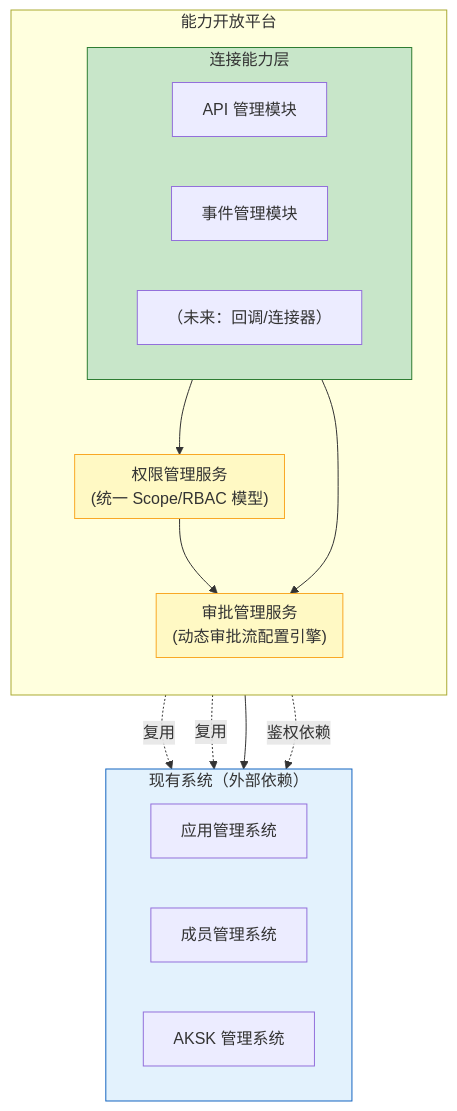
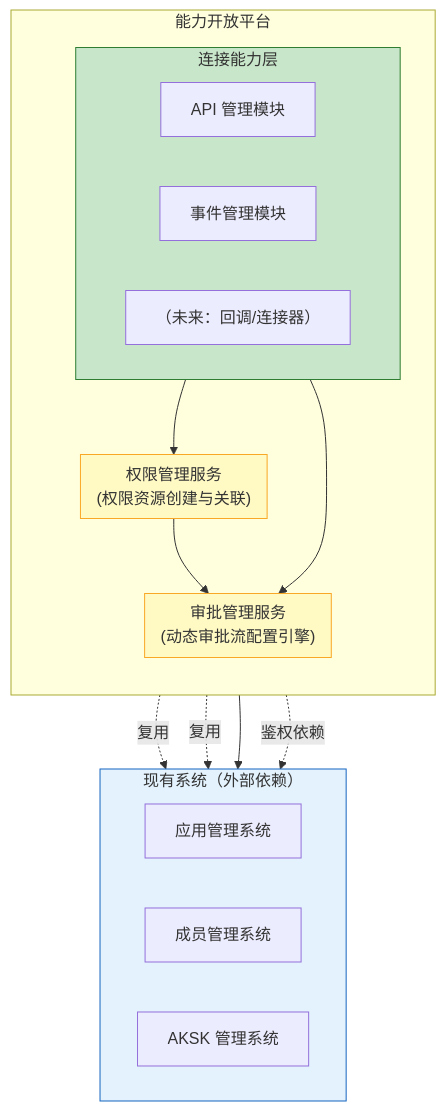
Before and after one commit to THZSummer/Product: the second of 6 diagrams in open-app/.sdd/specs-tree-root/specs-tree-capability-open-platform/spec.md, drawn with Mermaid. The commit also changed other lines of this file, not shown here.

````diff
--- a/open-app/.sdd/specs-tree-root/specs-tree-capability-open-platform/spec.md
+++ b/open-app/.sdd/specs-tree-root/specs-tree-capability-open-platform/spec.md
@@ -254,40 +254,40 @@
 ```mermaid
 graph TB
     subgraph Platform["能力开放平台"]
         direction TB
         
         subgraph Capability["连接能力层"]
             direction LR
             API["API 管理模块"]
             Event["事件管理模块"]
             Future["（未来：回调/连接器）"]
         end
         
-        subgraph Permission["权限管理服务\n(统一 Scope/RBAC 模型)"]
+        subgraph Permission["权限管理服务\n(权限资源创建与关联)"]
         end
         
         subgraph Approval["审批管理服务\n(动态审批流配置引擎)"]
         end
         
         Capability --> Permission
         Capability --> Approval
         Permission --> Approval
     end
     
     subgraph Existing["现有系统（外部依赖）"]
         direction LR
         AppMgr["应用管理系统"]
         MemberMgr["成员管理系统"]
         AKSK["AKSK 管理系统"]
     end
     
     Platform --> Existing
     Permission -.->|复用| AppMgr
     Approval -.->|复用| MemberMgr
     Capability -.->|鉴权依赖| AKSK
 
     style Capability fill:#c8e6c9,stroke:#2e7d32
     style Permission fill:#fff9c4,stroke:#f9a825
     style Approval fill:#fff9c4,stroke:#f9a825
     style Existing fill:#e3f2fd,stroke:#1565c0
 ```
````
